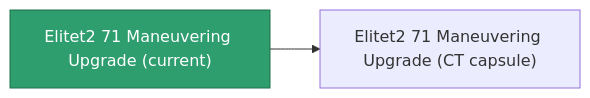
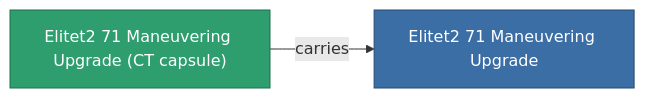
One commit to OpenPerpetuum/Wiki changed the diagram in content/content/items/elitet2_71_maneuvering_upgrade.md. Above: the diagram before and after it, drawn with Mermaid. The commit also changed other lines of this file and 2015 other files, not shown here.

````diff
--- a/content/content/items/elitet2_71_maneuvering_upgrade.md
+++ b/content/content/items/elitet2_71_maneuvering_upgrade.md
@@ -35,8 +35,9 @@
 ```mermaid
 graph LR
-    a["Elitet2 71 Maneuvering Upgrade (current)"]:::current
-    b["Elitet2 71 Maneuvering Upgrade (CT capsule)"]
-    a --> b
-    click b "/content/items/elitet2-71-maneuvering-upgrade-ct-capsule/" "Elitet2 71 Maneuvering Upgrade (CT capsule)"
+    a["Elitet2 71 Maneuvering Upgrade (CT capsule)"]:::current
+    b["Elitet2 71 Maneuvering Upgrade"]:::finished
+    a -->|carries| b
+                click b "/content/items/elitet2-71-maneuvering-upgrade/" "Elitet2 71 Maneuvering Upgrade"
     classDef current fill:#2f9e6f,stroke:#1f6f4a,color:#ffffff
+    classDef finished fill:#3b6ea5,stroke:#274a75,color:#ffffff
 ```
````
